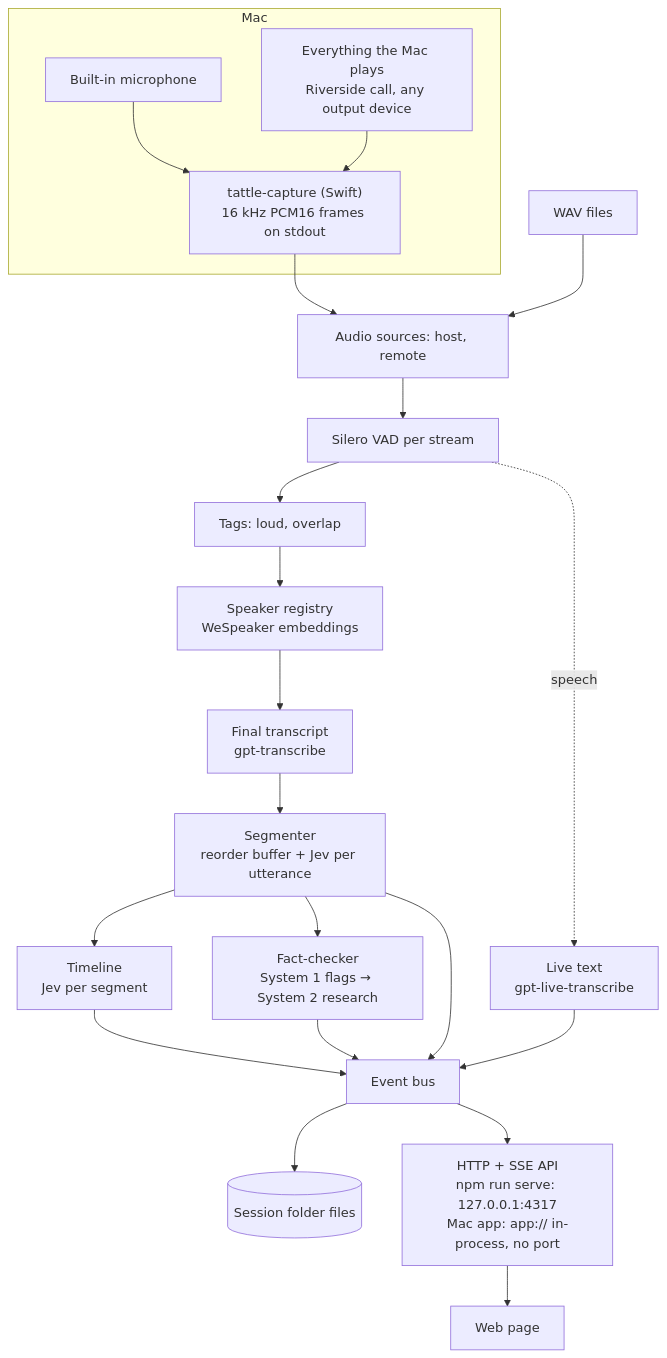
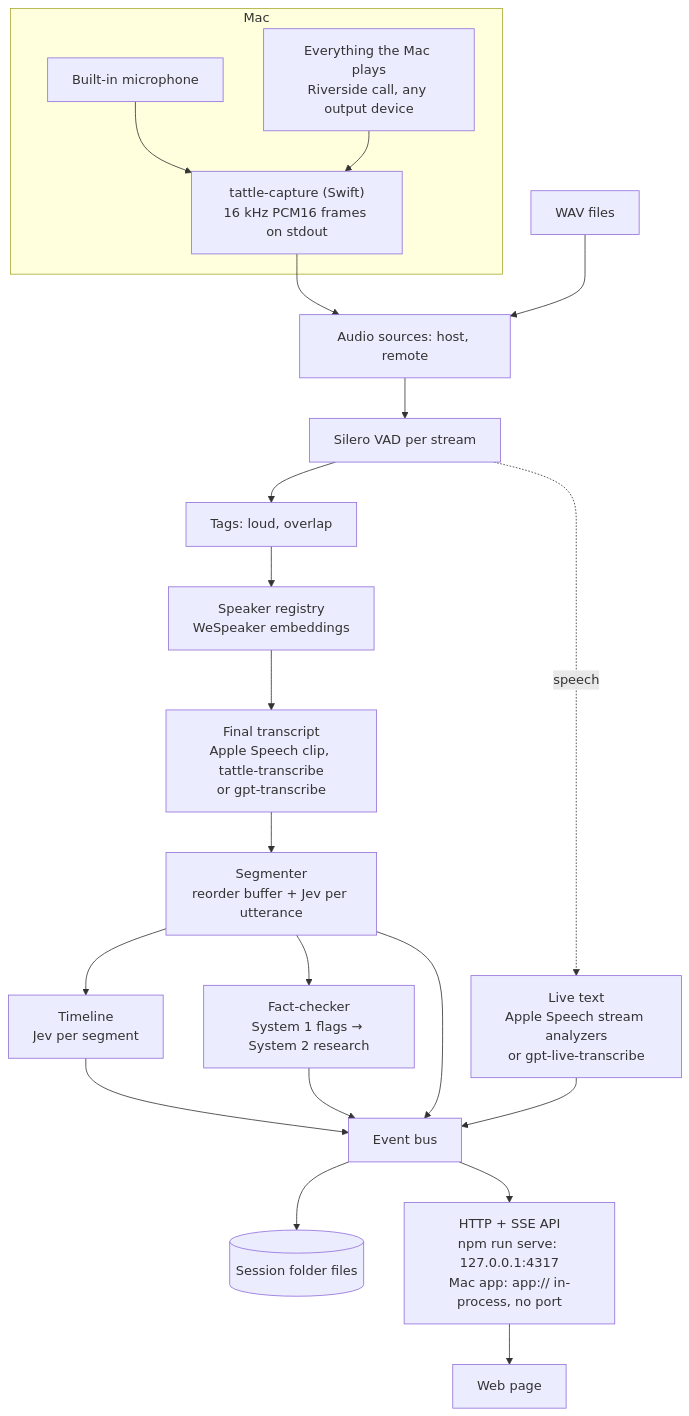
Before and after one commit to nicolasdao/conversation-assistant: the diagram in docs/architecture.md, drawn with Mermaid. The commit also changed other lines of this file and 9 other files, not shown here.

Commit message:
docs: document the two transcription engines, optional API keys, the key prompts, and the Apple Speech gotchas

````diff
--- a/docs/architecture.md
+++ b/docs/architecture.md
@@ -21,20 +21,20 @@
 ```mermaid
 flowchart TB
   subgraph Mac
     MIC[Built-in microphone] --> HELPER
     OUT[Everything the Mac plays<br/>Riverside call, any output device] --> HELPER
     HELPER["tattle-capture (Swift)<br/>16 kHz PCM16 frames on stdout"]
   end
   HELPER --> SRC[Audio sources: host, remote]
   FILES[WAV files] --> SRC
   SRC --> VAD[Silero VAD per stream] --> TAGS[Tags: loud, overlap] --> SPK[Speaker registry<br/>WeSpeaker embeddings]
-  VAD -.speech.-> LIVE[Live text<br/>gpt-live-transcribe]
-  SPK --> TR[Final transcript<br/>gpt-transcribe]
+  VAD -.speech.-> LIVE[Live text<br/>Apple Speech stream analyzers<br/>or gpt-live-transcribe]
+  SPK --> TR[Final transcript<br/>Apple Speech clip, tattle-transcribe<br/>or gpt-transcribe]
   TR --> SEG[Segmenter<br/>reorder buffer + Jev per utterance]
   SEG --> TL[Timeline<br/>Jev per segment]
   SEG --> FC[Fact-checker<br/>System 1 flags → System 2 research]
   TL & FC & SEG & LIVE --> BUS[Event bus]
   BUS --> STORE[(Session folder files)]
   BUS --> SSE[HTTP + SSE API<br/>npm run serve: 127.0.0.1:4317<br/>Mac app: app:// in-process, no port]
   SSE --> WEB[Web page]
 ```
````
